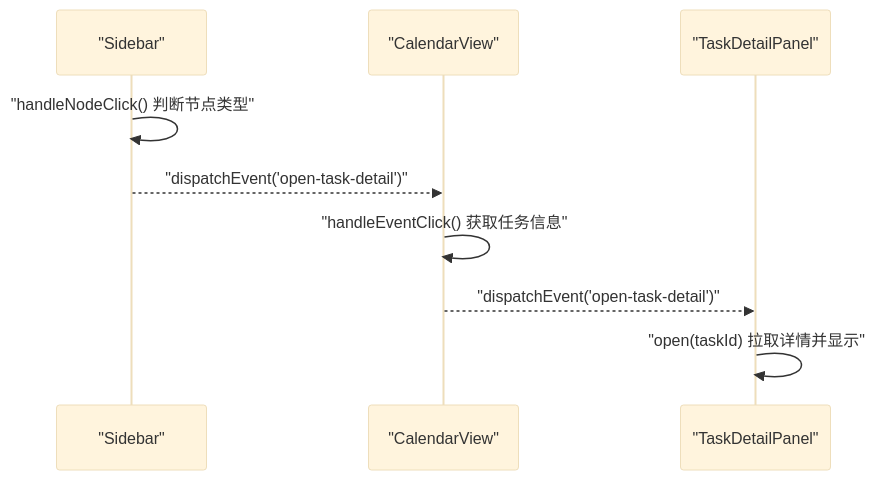
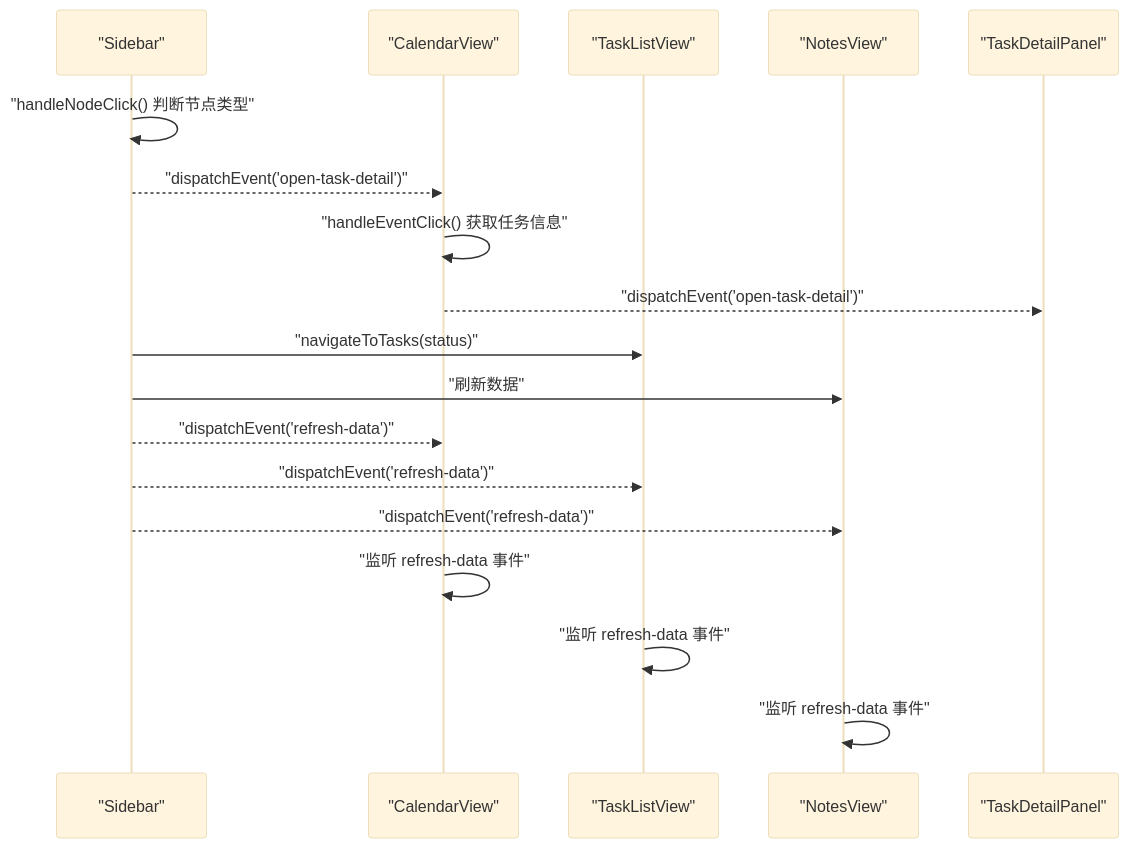
One commit to junjiechen66/newWorld changed the fourth of 6 diagrams in .qoder/repowiki/zh/content/前端开发/组件系统.md. Above: the diagram before and after it, drawn with Mermaid (base theme). The commit also changed other lines of this file and 70 other files, not shown here.

````diff
--- a/.qoder/repowiki/zh/content/前端开发/组件系统.md
+++ b/.qoder/repowiki/zh/content/前端开发/组件系统.md
@@ -219,11 +233,20 @@
 ```mermaid
 sequenceDiagram
 participant S as "Sidebar"
 participant C as "CalendarView"
+participant T as "TaskListView"
+participant N as "NotesView"
 participant P as "TaskDetailPanel"
 S->>S : "handleNodeClick() 判断节点类型"
 S-->>C : "dispatchEvent('open-task-detail')"
 C->>C : "handleEventClick() 获取任务信息"
 C-->>P : "dispatchEvent('open-task-detail')"
-P->>P : "open(taskId) 拉取详情并显示"
+S->>T : "navigateToTasks(status)"
+S->>N : "刷新数据"
+S-->>C : "dispatchEvent('refresh-data')"
+S-->>T : "dispatchEvent('refresh-data')"
+S-->>N : "dispatchEvent('refresh-data')"
+C->>C : "监听 refresh-data 事件"
+T->>T : "监听 refresh-data 事件"
+N->>N : "监听 refresh-data 事件"
 ```
````
